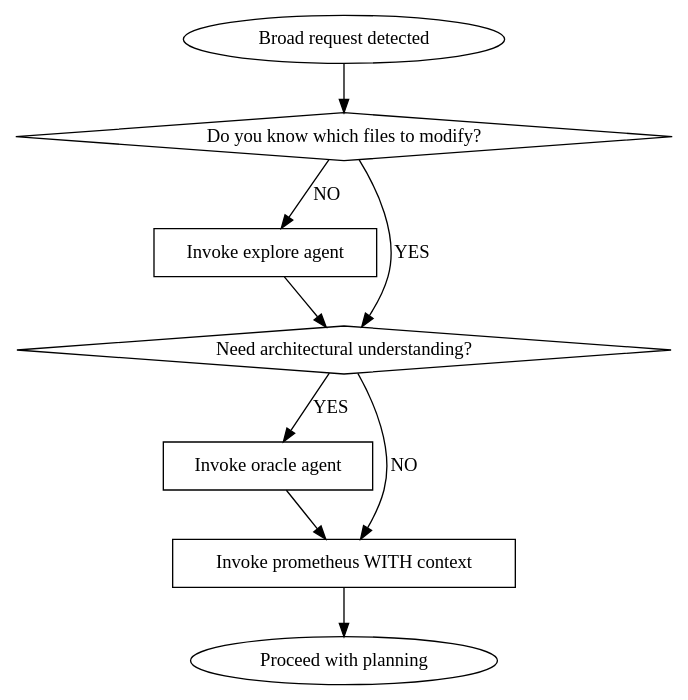
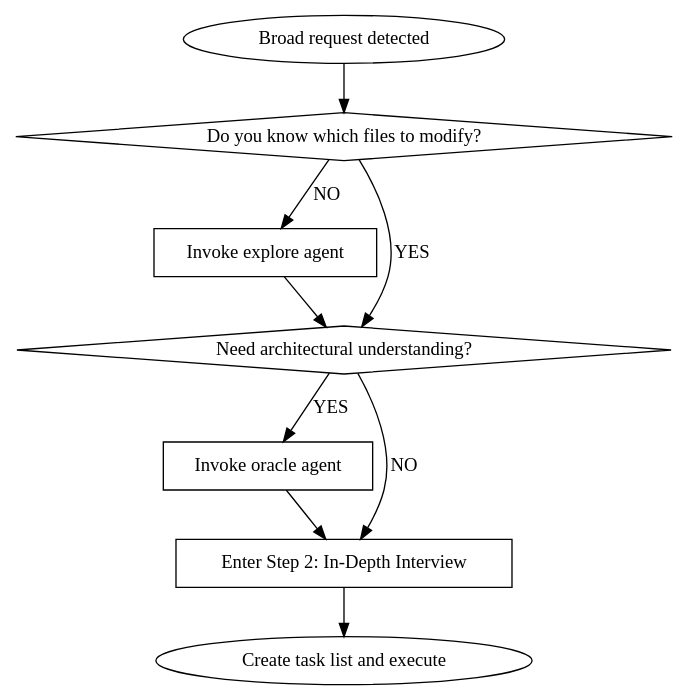
One commit to toongri/oh-my-toong-playground changed the first of 3 diagrams in skills/sisyphus/SKILL.md. Above: the diagram before and after it, drawn with Graphviz. The commit also changed other lines of this file and 1 other file, not shown here.

Commit message:
refactor: Prometheus AskUserQuestion 표준화

````diff
--- a/skills/sisyphus/SKILL.md
+++ b/skills/sisyphus/SKILL.md
@@ -281,21 +280,21 @@
 ```dot
 digraph broad_request_flow {
     rankdir=TB;
     "Broad request detected" [shape=ellipse];
     "Do you know which files to modify?" [shape=diamond];
     "Invoke explore agent" [shape=box];
     "Need architectural understanding?" [shape=diamond];
     "Invoke oracle agent" [shape=box];
-    "Invoke prometheus WITH context" [shape=box];
-    "Proceed with planning" [shape=ellipse];
+    "Enter Step 2: In-Depth Interview" [shape=box];
+    "Create task list and execute" [shape=ellipse];
 
     "Broad request detected" -> "Do you know which files to modify?";
     "Do you know which files to modify?" -> "Invoke explore agent" [label="NO"];
     "Do you know which files to modify?" -> "Need architectural understanding?" [label="YES"];
     "Invoke explore agent" -> "Need architectural understanding?";
     "Need architectural understanding?" -> "Invoke oracle agent" [label="YES"];
-    "Need architectural understanding?" -> "Invoke prometheus WITH context" [label="NO"];
-    "Invoke oracle agent" -> "Invoke prometheus WITH context";
-    "Invoke prometheus WITH context" -> "Proceed with planning";
+    "Need architectural understanding?" -> "Enter Step 2: In-Depth Interview" [label="NO"];
+    "Invoke oracle agent" -> "Enter Step 2: In-Depth Interview";
+    "Enter Step 2: In-Depth Interview" -> "Create task list and execute";
 }
 ```
````
